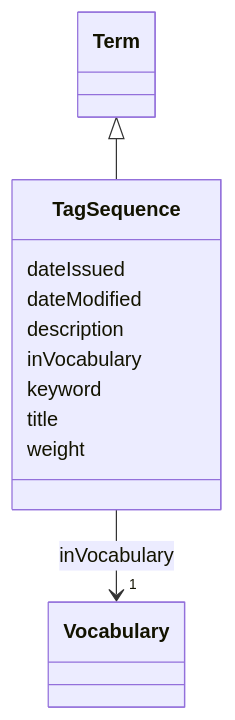
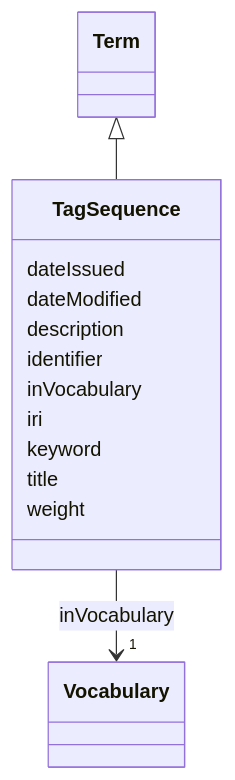
Before and after one commit to EVORA-project/evora-ontology: the diagram in models/docs/TagSequence.md, drawn with Mermaid. The commit also changed other lines of this file and 391 other files, not shown here.

````diff
--- a/models/docs/TagSequence.md
+++ b/models/docs/TagSequence.md
@@ -19,30 +19,34 @@
 ```mermaid
  classDiagram
     class TagSequence
     click TagSequence href "../TagSequence"
       Term <|-- TagSequence
         click Term href "../Term"
       
       TagSequence : dateIssued
         
       TagSequence : dateModified
         
       TagSequence : description
         
+      TagSequence : identifier
+        
       TagSequence : inVocabulary
         
           
     
     
     TagSequence --> "1" Vocabulary : inVocabulary
     click Vocabulary href "../Vocabulary"
 
         
+      TagSequence : iri
+        
       TagSequence : keyword
         
       TagSequence : title
         
       TagSequence : weight
         
       
 ```
````
